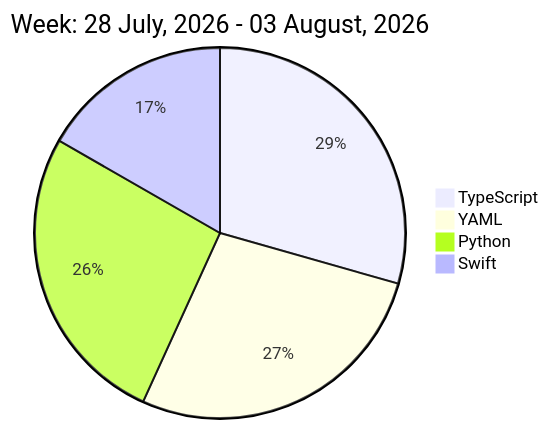
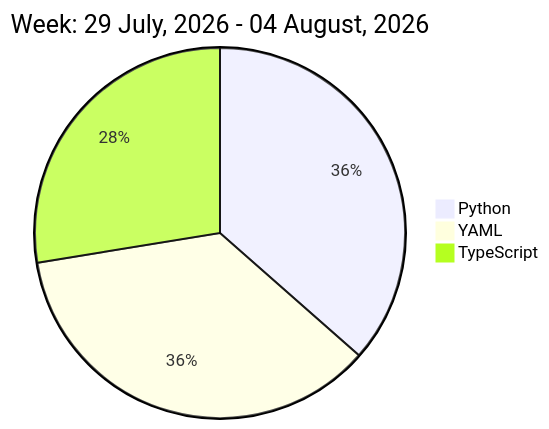
Before and after one commit to liubin95/liubin95: the diagram in README.md, drawn with Mermaid.

Commit message:
Updated the Graph with new Metrics

````diff
--- a/README.md
+++ b/README.md
@@ -32,8 +32,7 @@
 ```mermaid
  pie
-title Week: 28 July, 2026 - 03 August, 2026
- "TypeScript" : 3.52
- "YAML" : 3.28
- "Python" : 3.17
- "Swift" : 2.0
+title Week: 29 July, 2026 - 04 August, 2026
+ "Python" : 3.93
+ "YAML" : 3.87
+ "TypeScript" : 2.97
 ```
````
